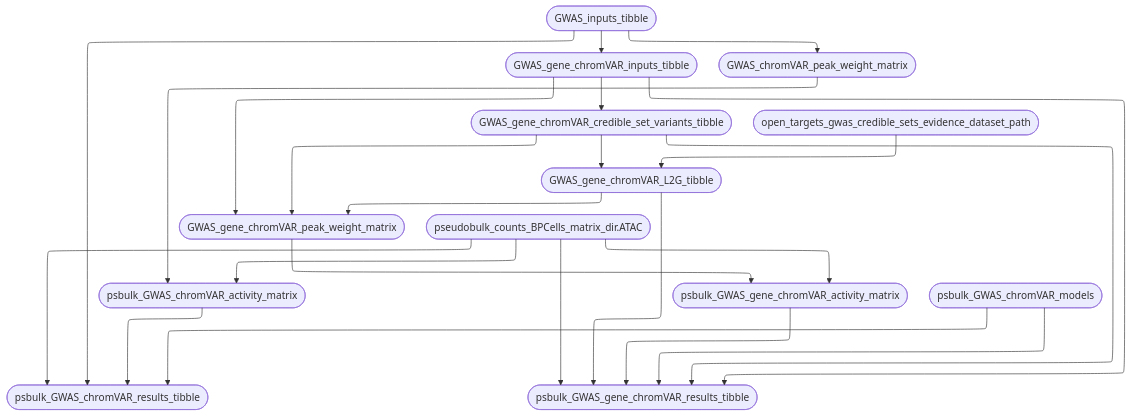
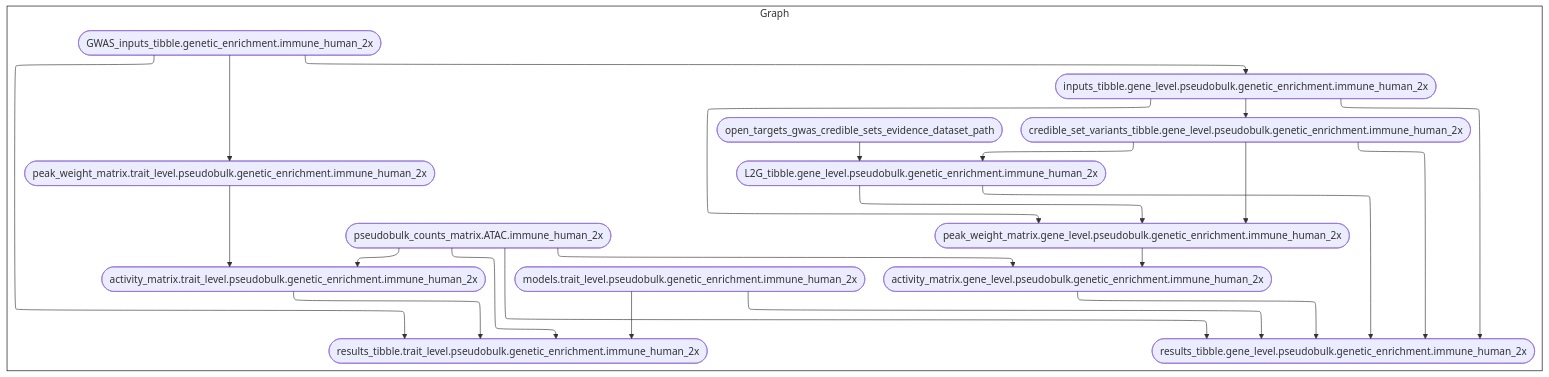
Before and after one commit to koefoeden/multiomeR: the diagram in website/figures/human_curated/psbulk_GWAS.immune_human_2x_pruned.mmd, drawn with Mermaid. The commit also changed 14 other files, not shown here.

Commit message:
updated mermaid diagrams

```diff
--- a/website/figures/human_curated/psbulk_GWAS.immune_human_2x_pruned.mmd
+++ b/website/figures/human_curated/psbulk_GWAS.immune_human_2x_pruned.mmd
@@ -1,24 +1,28 @@
 %%{init: {'flowchart': {'defaultRenderer': 'elk'}}}%%
 flowchart TB
-    GWAS_gene_chromVAR_inputs_tibble(["GWAS_gene_chromVAR_inputs_tibble"]):::none --> GWAS_gene_chromVAR_credible_set_variants_tibble(["GWAS_gene_chromVAR_credible_set_variants_tibble"]):::none
-    open_targets_gwas_credible_sets_evidence_dataset_path(["open_targets_gwas_credible_sets_evidence_dataset_path"]):::none --> GWAS_gene_chromVAR_L2G_tibble(["GWAS_gene_chromVAR_L2G_tibble"]):::none
-    GWAS_gene_chromVAR_credible_set_variants_tibble(["GWAS_gene_chromVAR_credible_set_variants_tibble"]):::none --> GWAS_gene_chromVAR_L2G_tibble(["GWAS_gene_chromVAR_L2G_tibble"]):::none
-    GWAS_chromVAR_peak_weight_matrix(["GWAS_chromVAR_peak_weight_matrix"]):::none --> psbulk_GWAS_chromVAR_activity_matrix(["psbulk_GWAS_chromVAR_activity_matrix"]):::none
-    GWAS_inputs_tibble(["GWAS_inputs_tibble"]):::none --> psbulk_GWAS_chromVAR_results_tibble(["psbulk_GWAS_chromVAR_results_tibble"]):::none
-    GWAS_gene_chromVAR_peak_weight_matrix(["GWAS_gene_chromVAR_peak_weight_matrix"]):::none --> psbulk_GWAS_gene_chromVAR_activity_matrix(["psbulk_GWAS_gene_chromVAR_activity_matrix"]):::none
-    GWAS_gene_chromVAR_L2G_tibble(["GWAS_gene_chromVAR_L2G_tibble"]):::none --> GWAS_gene_chromVAR_peak_weight_matrix(["GWAS_gene_chromVAR_peak_weight_matrix"]):::none
-    GWAS_gene_chromVAR_L2G_tibble(["GWAS_gene_chromVAR_L2G_tibble"]):::none --> psbulk_GWAS_gene_chromVAR_results_tibble(["psbulk_GWAS_gene_chromVAR_results_tibble"]):::none
-    GWAS_gene_chromVAR_credible_set_variants_tibble(["GWAS_gene_chromVAR_credible_set_variants_tibble"]):::none --> GWAS_gene_chromVAR_peak_weight_matrix(["GWAS_gene_chromVAR_peak_weight_matrix"]):::none
-    GWAS_gene_chromVAR_credible_set_variants_tibble(["GWAS_gene_chromVAR_credible_set_variants_tibble"]):::none --> psbulk_GWAS_gene_chromVAR_results_tibble(["psbulk_GWAS_gene_chromVAR_results_tibble"]):::none
-    GWAS_gene_chromVAR_inputs_tibble(["GWAS_gene_chromVAR_inputs_tibble"]):::none --> GWAS_gene_chromVAR_peak_weight_matrix(["GWAS_gene_chromVAR_peak_weight_matrix"]):::none
-    GWAS_gene_chromVAR_inputs_tibble(["GWAS_gene_chromVAR_inputs_tibble"]):::none --> psbulk_GWAS_gene_chromVAR_results_tibble(["psbulk_GWAS_gene_chromVAR_results_tibble"]):::none
-    GWAS_inputs_tibble(["GWAS_inputs_tibble"]):::none --> GWAS_chromVAR_peak_weight_matrix(["GWAS_chromVAR_peak_weight_matrix"]):::none
-    GWAS_inputs_tibble(["GWAS_inputs_tibble"]):::none --> GWAS_gene_chromVAR_inputs_tibble(["GWAS_gene_chromVAR_inputs_tibble"]):::none
-    psbulk_GWAS_chromVAR_activity_matrix(["psbulk_GWAS_chromVAR_activity_matrix"]):::none --> psbulk_GWAS_chromVAR_results_tibble(["psbulk_GWAS_chromVAR_results_tibble"]):::none
-    psbulk_GWAS_chromVAR_models(["psbulk_GWAS_chromVAR_models"]):::none --> psbulk_GWAS_chromVAR_results_tibble(["psbulk_GWAS_chromVAR_results_tibble"]):::none
-    psbulk_GWAS_chromVAR_models(["psbulk_GWAS_chromVAR_models"]):::none --> psbulk_GWAS_gene_chromVAR_results_tibble(["psbulk_GWAS_gene_chromVAR_results_tibble"]):::none
-    psbulk_GWAS_gene_chromVAR_activity_matrix(["psbulk_GWAS_gene_chromVAR_activity_matrix"]):::none --> psbulk_GWAS_gene_chromVAR_results_tibble(["psbulk_GWAS_gene_chromVAR_results_tibble"]):::none
-    pseudobulk_counts_BPCells_matrix_dir.ATAC(["pseudobulk_counts_BPCells_matrix_dir.ATAC"]):::none --> psbulk_GWAS_chromVAR_activity_matrix(["psbulk_GWAS_chromVAR_activity_matrix"]):::none
-    pseudobulk_counts_BPCells_matrix_dir.ATAC(["pseudobulk_counts_BPCells_matrix_dir.ATAC"]):::none --> psbulk_GWAS_chromVAR_results_tibble(["psbulk_GWAS_chromVAR_results_tibble"]):::none
-    pseudobulk_counts_BPCells_matrix_dir.ATAC(["pseudobulk_counts_BPCells_matrix_dir.ATAC"]):::none --> psbulk_GWAS_gene_chromVAR_activity_matrix(["psbulk_GWAS_gene_chromVAR_activity_matrix"]):::none
-    pseudobulk_counts_BPCells_matrix_dir.ATAC(["pseudobulk_counts_BPCells_matrix_dir.ATAC"]):::none --> psbulk_GWAS_gene_chromVAR_results_tibble(["psbulk_GWAS_gene_chromVAR_results_tibble"]):::none
+  style Graph fill:#FFFFFF00,stroke:#000000;
+  subgraph Graph
+    direction TB
+    pseudobulk_counts_matrix.ATAC.immune_human_2x(["pseudobulk_counts_matrix.ATAC.immune_human_2x"]):::none --> activity_matrix.gene_level.pseudobulk.genetic_enrichment.immune_human_2x(["activity_matrix.gene_level.pseudobulk.genetic_enrichment.immune_human_2x"]):::none
+    peak_weight_matrix.gene_level.pseudobulk.genetic_enrichment.immune_human_2x(["peak_weight_matrix.gene_level.pseudobulk.genetic_enrichment.immune_human_2x"]):::none --> activity_matrix.gene_level.pseudobulk.genetic_enrichment.immune_human_2x(["activity_matrix.gene_level.pseudobulk.genetic_enrichment.immune_human_2x"]):::none
+    pseudobulk_counts_matrix.ATAC.immune_human_2x(["pseudobulk_counts_matrix.ATAC.immune_human_2x"]):::none --> activity_matrix.trait_level.pseudobulk.genetic_enrichment.immune_human_2x(["activity_matrix.trait_level.pseudobulk.genetic_enrichment.immune_human_2x"]):::none
+    peak_weight_matrix.trait_level.pseudobulk.genetic_enrichment.immune_human_2x(["peak_weight_matrix.trait_level.pseudobulk.genetic_enrichment.immune_human_2x"]):::none --> activity_matrix.trait_level.pseudobulk.genetic_enrichment.immune_human_2x(["activity_matrix.trait_level.pseudobulk.genetic_enrichment.immune_human_2x"]):::none
+    inputs_tibble.gene_level.pseudobulk.genetic_enrichment.immune_human_2x(["inputs_tibble.gene_level.pseudobulk.genetic_enrichment.immune_human_2x"]):::none --> credible_set_variants_tibble.gene_level.pseudobulk.genetic_enrichment.immune_human_2x(["credible_set_variants_tibble.gene_level.pseudobulk.genetic_enrichment.immune_human_2x"]):::none
+    open_targets_gwas_credible_sets_evidence_dataset_path(["open_targets_gwas_credible_sets_evidence_dataset_path"]):::none --> L2G_tibble.gene_level.pseudobulk.genetic_enrichment.immune_human_2x(["L2G_tibble.gene_level.pseudobulk.genetic_enrichment.immune_human_2x"]):::none
+    credible_set_variants_tibble.gene_level.pseudobulk.genetic_enrichment.immune_human_2x(["credible_set_variants_tibble.gene_level.pseudobulk.genetic_enrichment.immune_human_2x"]):::none --> L2G_tibble.gene_level.pseudobulk.genetic_enrichment.immune_human_2x(["L2G_tibble.gene_level.pseudobulk.genetic_enrichment.immune_human_2x"]):::none
+    GWAS_inputs_tibble.genetic_enrichment.immune_human_2x(["GWAS_inputs_tibble.genetic_enrichment.immune_human_2x"]):::none --> results_tibble.trait_level.pseudobulk.genetic_enrichment.immune_human_2x(["results_tibble.trait_level.pseudobulk.genetic_enrichment.immune_human_2x"]):::none
+    GWAS_inputs_tibble.genetic_enrichment.immune_human_2x(["GWAS_inputs_tibble.genetic_enrichment.immune_human_2x"]):::none --> inputs_tibble.gene_level.pseudobulk.genetic_enrichment.immune_human_2x(["inputs_tibble.gene_level.pseudobulk.genetic_enrichment.immune_human_2x"]):::none
+    GWAS_inputs_tibble.genetic_enrichment.immune_human_2x(["GWAS_inputs_tibble.genetic_enrichment.immune_human_2x"]):::none --> peak_weight_matrix.trait_level.pseudobulk.genetic_enrichment.immune_human_2x(["peak_weight_matrix.trait_level.pseudobulk.genetic_enrichment.immune_human_2x"]):::none
+    L2G_tibble.gene_level.pseudobulk.genetic_enrichment.immune_human_2x(["L2G_tibble.gene_level.pseudobulk.genetic_enrichment.immune_human_2x"]):::none --> peak_weight_matrix.gene_level.pseudobulk.genetic_enrichment.immune_human_2x(["peak_weight_matrix.gene_level.pseudobulk.genetic_enrichment.immune_human_2x"]):::none
+    L2G_tibble.gene_level.pseudobulk.genetic_enrichment.immune_human_2x(["L2G_tibble.gene_level.pseudobulk.genetic_enrichment.immune_human_2x"]):::none --> results_tibble.gene_level.pseudobulk.genetic_enrichment.immune_human_2x(["results_tibble.gene_level.pseudobulk.genetic_enrichment.immune_human_2x"]):::none
+    activity_matrix.gene_level.pseudobulk.genetic_enrichment.immune_human_2x(["activity_matrix.gene_level.pseudobulk.genetic_enrichment.immune_human_2x"]):::none --> results_tibble.gene_level.pseudobulk.genetic_enrichment.immune_human_2x(["results_tibble.gene_level.pseudobulk.genetic_enrichment.immune_human_2x"]):::none
+    activity_matrix.trait_level.pseudobulk.genetic_enrichment.immune_human_2x(["activity_matrix.trait_level.pseudobulk.genetic_enrichment.immune_human_2x"]):::none --> results_tibble.trait_level.pseudobulk.genetic_enrichment.immune_human_2x(["results_tibble.trait_level.pseudobulk.genetic_enrichment.immune_human_2x"]):::none
+    credible_set_variants_tibble.gene_level.pseudobulk.genetic_enrichment.immune_human_2x(["credible_set_variants_tibble.gene_level.pseudobulk.genetic_enrichment.immune_human_2x"]):::none --> peak_weight_matrix.gene_level.pseudobulk.genetic_enrichment.immune_human_2x(["peak_weight_matrix.gene_level.pseudobulk.genetic_enrichment.immune_human_2x"]):::none
+    credible_set_variants_tibble.gene_level.pseudobulk.genetic_enrichment.immune_human_2x(["credible_set_variants_tibble.gene_level.pseudobulk.genetic_enrichment.immune_human_2x"]):::none --> results_tibble.gene_level.pseudobulk.genetic_enrichment.immune_human_2x(["results_tibble.gene_level.pseudobulk.genetic_enrichment.immune_human_2x"]):::none
+    inputs_tibble.gene_level.pseudobulk.genetic_enrichment.immune_human_2x(["inputs_tibble.gene_level.pseudobulk.genetic_enrichment.immune_human_2x"]):::none --> peak_weight_matrix.gene_level.pseudobulk.genetic_enrichment.immune_human_2x(["peak_weight_matrix.gene_level.pseudobulk.genetic_enrichment.immune_human_2x"]):::none
+    inputs_tibble.gene_level.pseudobulk.genetic_enrichment.immune_human_2x(["inputs_tibble.gene_level.pseudobulk.genetic_enrichment.immune_human_2x"]):::none --> results_tibble.gene_level.pseudobulk.genetic_enrichment.immune_human_2x(["results_tibble.gene_level.pseudobulk.genetic_enrichment.immune_human_2x"]):::none
+    models.trait_level.pseudobulk.genetic_enrichment.immune_human_2x(["models.trait_level.pseudobulk.genetic_enrichment.immune_human_2x"]):::none --> results_tibble.gene_level.pseudobulk.genetic_enrichment.immune_human_2x(["results_tibble.gene_level.pseudobulk.genetic_enrichment.immune_human_2x"]):::none
+    models.trait_level.pseudobulk.genetic_enrichment.immune_human_2x(["models.trait_level.pseudobulk.genetic_enrichment.immune_human_2x"]):::none --> results_tibble.trait_level.pseudobulk.genetic_enrichment.immune_human_2x(["results_tibble.trait_level.pseudobulk.genetic_enrichment.immune_human_2x"]):::none
+    pseudobulk_counts_matrix.ATAC.immune_human_2x(["pseudobulk_counts_matrix.ATAC.immune_human_2x"]):::none --> results_tibble.gene_level.pseudobulk.genetic_enrichment.immune_human_2x(["results_tibble.gene_level.pseudobulk.genetic_enrichment.immune_human_2x"]):::none
+    pseudobulk_counts_matrix.ATAC.immune_human_2x(["pseudobulk_counts_matrix.ATAC.immune_human_2x"]):::none --> results_tibble.trait_level.pseudobulk.genetic_enrichment.immune_human_2x(["results_tibble.trait_level.pseudobulk.genetic_enrichment.immune_human_2x"]):::none
+  end
```
